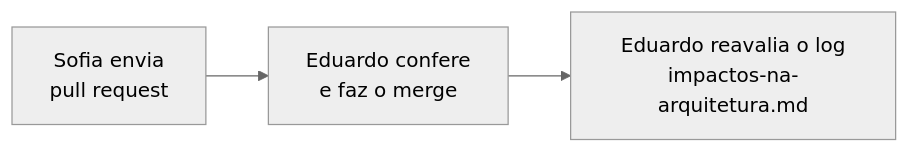
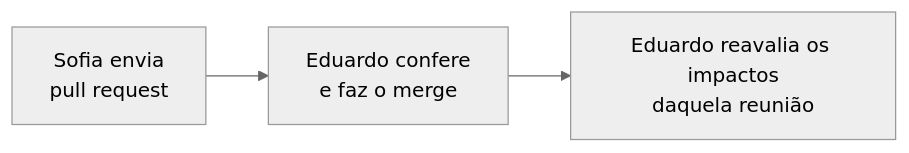
One commit to edalcin/Arquitetura-BioCultural changed the diagram in docs/reunioes/guiaContrib/README.md. Above: the diagram before and after it, drawn with Mermaid (neutral theme). The commit also changed other lines of this file and 14 other files, not shown here.

Commit message:
docs(reunioes): reunião de 29/09 e três documentos por reunião (resumo, impactos, próxima pauta)

````diff
--- a/docs/reunioes/guiaContrib/README.md
+++ b/docs/reunioes/guiaContrib/README.md
@@ -70,5 +85,5 @@
 ```mermaid
 flowchart LR
   S["Sofia envia<br/>pull request"] --> E["Eduardo confere<br/>e faz o merge"]
-  E --> L["Eduardo reavalia o log<br/>impactos-na-arquitetura.md"]
+  E --> L["Eduardo reavalia os impactos<br/>daquela reunião"]
 ```
````
